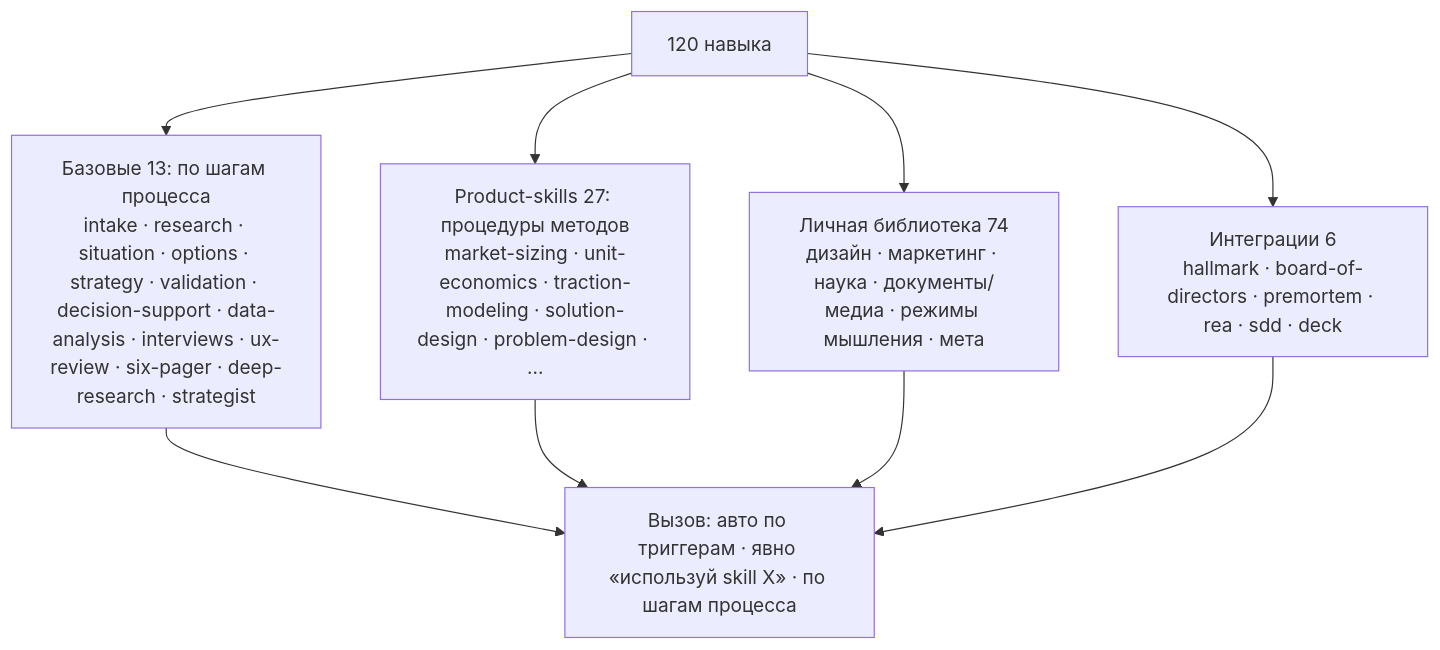
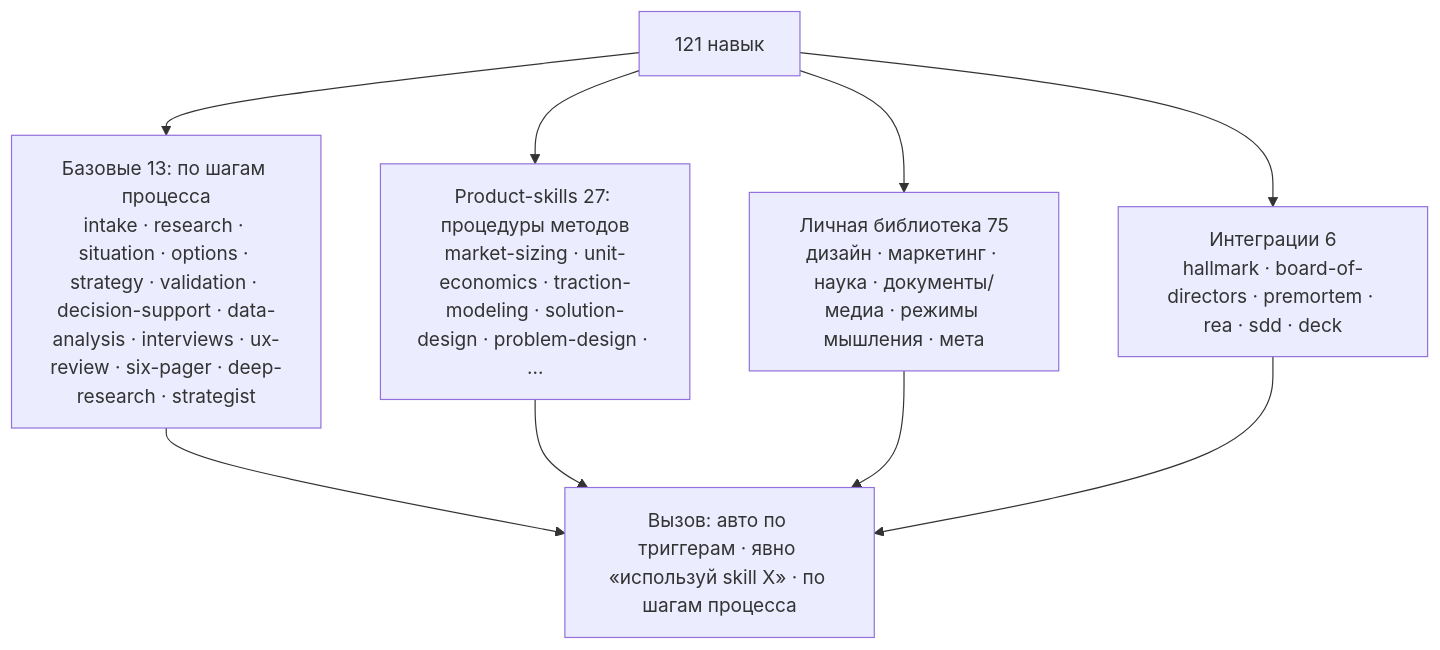
One commit to Fighter90/product-factory-strategist changed the third of 4 diagrams in README.md. Above: the diagram before and after it, drawn with Mermaid. The commit also changed other lines of this file and 93 other files, not shown here.

````diff
--- a/README.md
+++ b/README.md
@@ -209,8 +209,8 @@
 ```mermaid
 flowchart TB
-  SK["120 навыка"] --> B["Базовые 13: по шагам процесса<br/>intake · research · situation · options · strategy · validation · decision-support · data-analysis · interviews · ux-review · six-pager · deep-research · strategist"]
+  SK["121 навык"] --> B["Базовые 13: по шагам процесса<br/>intake · research · situation · options · strategy · validation · decision-support · data-analysis · interviews · ux-review · six-pager · deep-research · strategist"]
   SK --> P["Product-skills 27: процедуры методов<br/>market-sizing · unit-economics · traction-modeling · solution-design · problem-design · …"]
-  SK --> L["Личная библиотека 74<br/>дизайн · маркетинг · наука · документы/медиа · режимы мышления · мета"]
+  SK --> L["Личная библиотека 75<br/>дизайн · маркетинг · наука · документы/медиа · режимы мышления · мета"]
   SK --> INT["Интеграции 6<br/>hallmark · board-of-directors · premortem · rea · sdd · deck"]
   B & P & L & INT --> INV["Вызов: авто по триггерам · явно «используй skill X» · по шагам процесса"]
 ```
````
